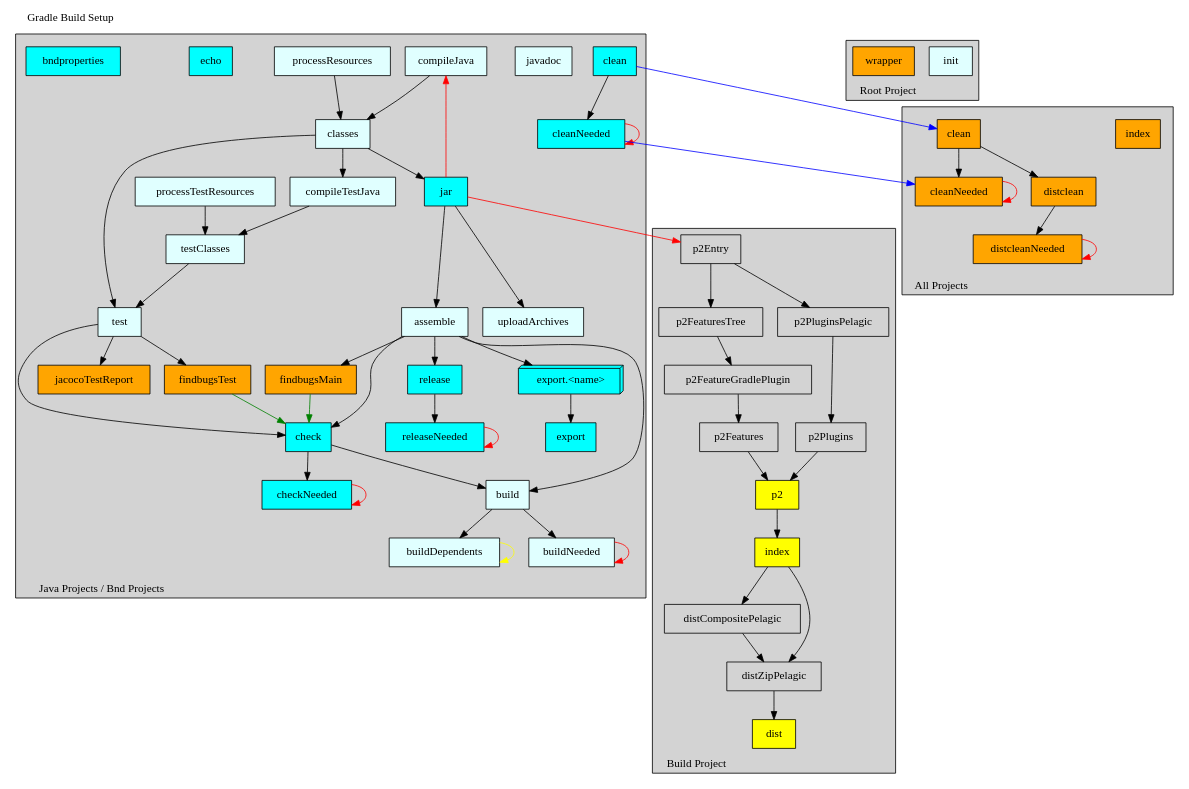
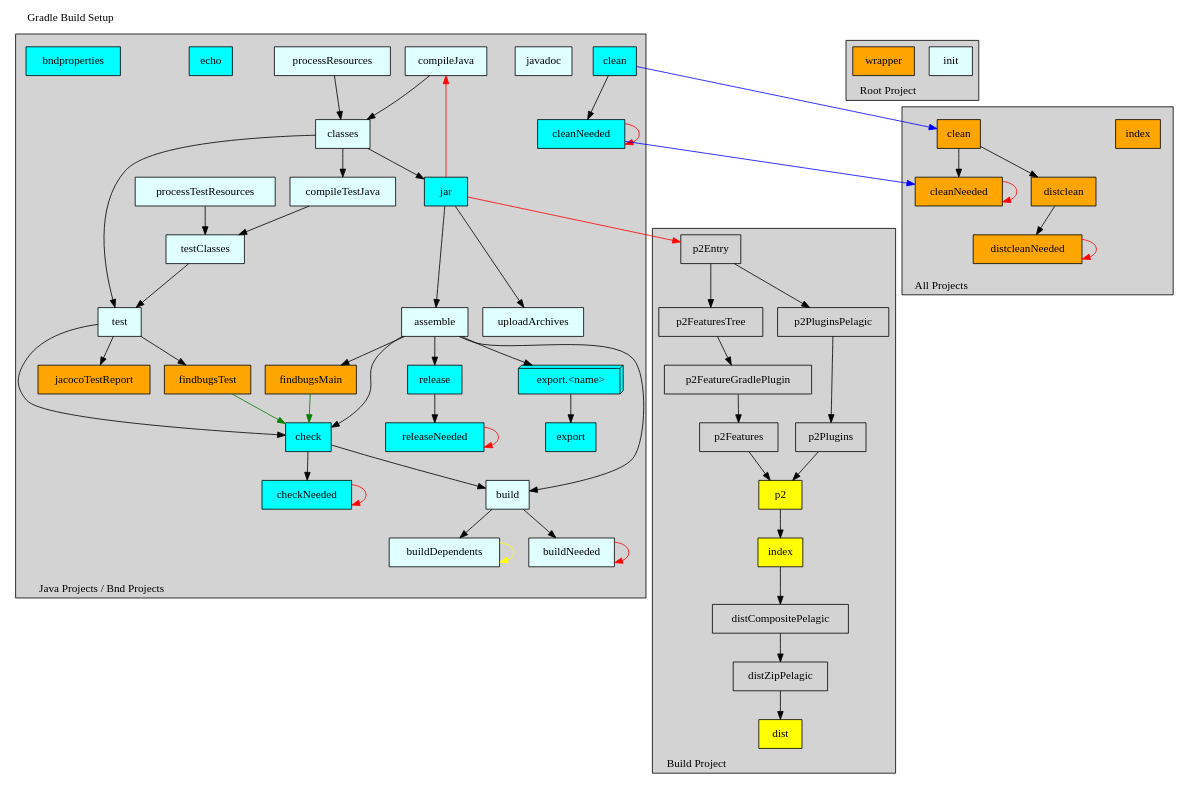
The diagram in cnf/gradle/doc/pelagic.dot (paulvi/bndtoolsPlugins), drawn with Graphviz before and after one commit. The commit also changed 3 other files, not shown here.

```diff
--- a/cnf/gradle/doc/pelagic.dot
+++ b/cnf/gradle/doc/pelagic.dot
@@ -223,7 +223,6 @@
     p2                     -> indexBuild
 
     indexBuild             -> distCompositePelagic
-    indexBuild             -> distZipPelagic
     distCompositePelagic   -> distZipPelagic
     distZipPelagic         -> dist
   }
```
